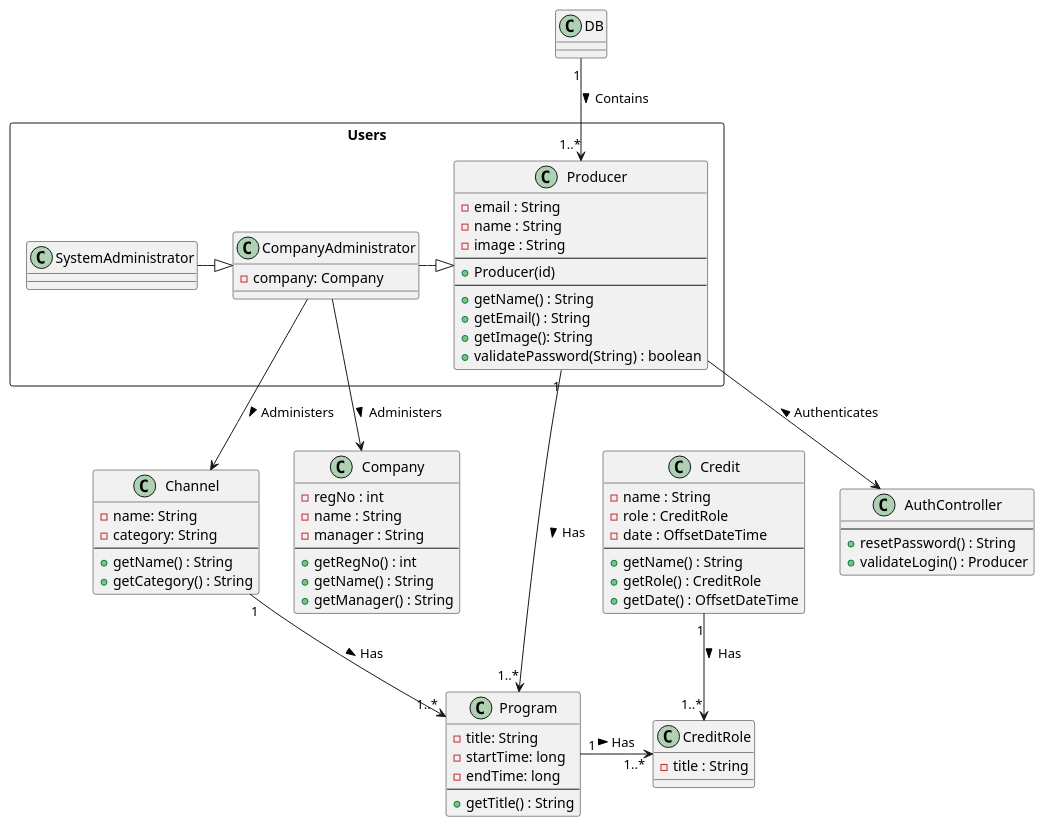
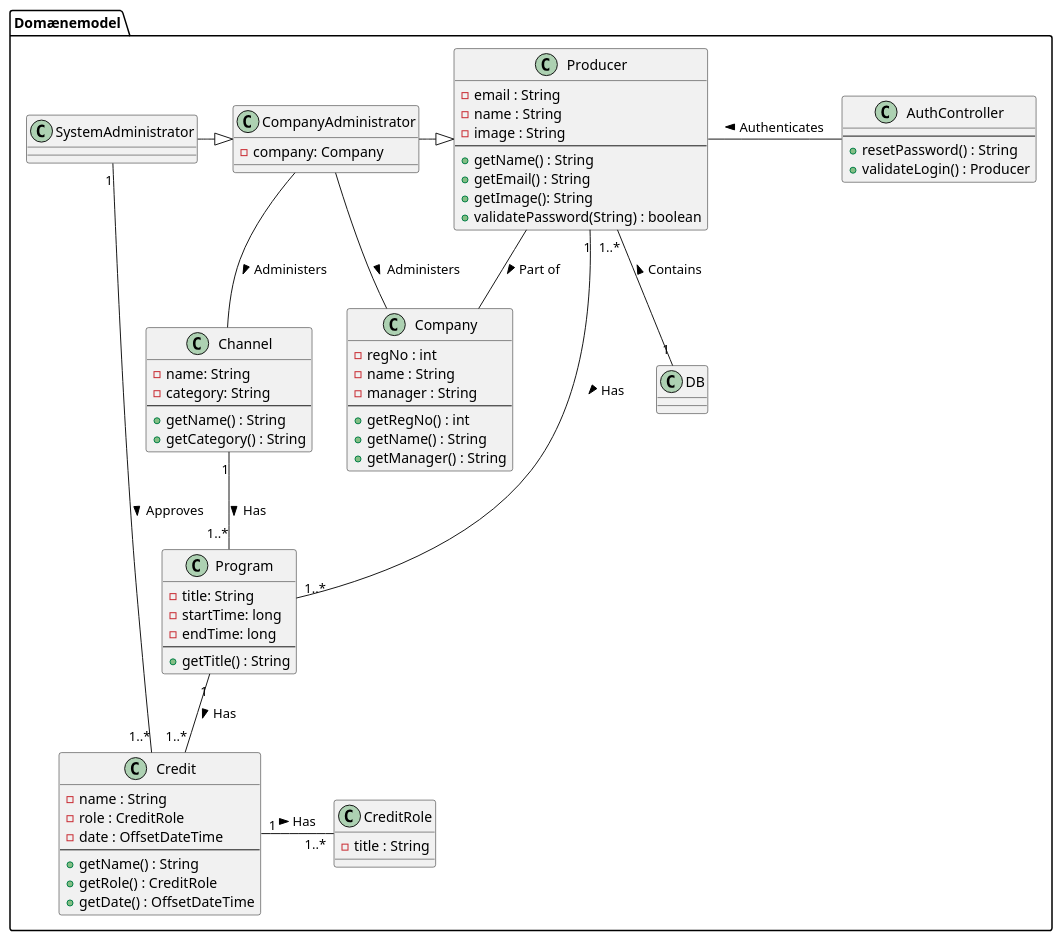
Before and after one commit to amatzen/SE02-SE-G02-SPRO: the diagram in uml/domain_model/domain_model.puml, drawn with PlantUML.

Commit message:
Domain model

```diff
--- a/uml/domain_model/domain_model.puml
+++ b/uml/domain_model/domain_model.puml
@@ -1,99 +1,97 @@
 @startuml
 'https://plantuml.com/class-diagram
 
-'Personer her
-rectangle Users {
+package "Domænemodel" {
+    'Personer her
     class Producer {
         - email : String
         - name : String
         - image : String
-        --
-        + Producer(id)
         --
         + getName() : String
         + getEmail() : String
         + getImage(): String
         + validatePassword(String) : boolean
     }
 
     class CompanyAdministrator {
         - company: Company
     }
 
     class SystemAdministrator {
 
     }
+
+    'Naeste
+    class Company {
+        - regNo : int
+        - name : String
+        - manager : String
+        --
+        + getRegNo() : int
+        + getName() : String
+        + getManager() : String
+    }
+
+    class Channel {
+        - name: String
+        - category: String
+        --
+        + getName() : String
+        + getCategory() : String
+    }
+
+    class Program {
+        - title: String
+        -startTime: long
+        -endTime: long
+        --
+        + getTitle() : String
+    }
+
+    class CreditRole {
+        - title : String
+    }
+
+
+    class Credit {
+        - name : String
+        - role : CreditRole
+        - date : OffsetDateTime
+        --
+        + getName() : String
+        + getRole() : CreditRole
+        + getDate() : OffsetDateTime
+    }
+
+    'Controller
+    class AuthController {
+        --
+        + resetPassword() : String
+        + validateLogin() : Producer
+    }
+
+    'Statics
+    class DB {
+    }
 }
 
-CompanyAdministrator -|> Producer
+SystemAdministrator "1" -- "1..*" Credit : "Approves >"
 SystemAdministrator -|> CompanyAdministrator
 
-'Naeste
-class Company {
-    - regNo : int
-    - name : String
-    - manager : String
-    --
-    + getRegNo() : int
-    + getName() : String
-    + getManager() : String
-}
+CompanyAdministrator -|> Producer
+CompanyAdministrator -- Company : "Administers >"
+CompanyAdministrator -- Channel : "Administers >"
 
-class Channel {
-    - name: String
-    - category: String
-    --
-    + getName() : String
-    + getCategory() : String
-}
+Producer "1" -- "1..*" Program : "Has >"
+Producer - AuthController : "Authenticates <"
+Producer -- Company : "Part of >"
+Producer "1..*" -- "1" DB : "Contains <"
 
-class Program {
-    - title: String
-    -startTime: long
-    -endTime: long
-    --
-    + getTitle() : String
-}
+Channel "1" -- "1..*" Program : "Has >"
 
-Channel "1" --> "1..*" Program :"Has >"
+Credit "1" - "1..*" CreditRole : "Has >"
 
-class CreditRole {
-    - title : String
-}
-
-Program "1" -> "1..*" CreditRole : "Has >"
-
-class Credit {
-    - name : String
-    - role : CreditRole
-    - date : OffsetDateTime
-    --
-    + getName() : String
-    + getRole() : CreditRole
-    + getDate() : OffsetDateTime
-}
-
-'Controller
-class AuthController {
-    --
-    + resetPassword() : String
-    + validateLogin() : Producer
-}
-
-Producer "1" -> "1..*" Program : "Has >"
-
-CompanyAdministrator --> Channel : "Administers >"
-
-'Statics
-class DB {
-}
-
-DB "1" --> "1..*" Producer : "Contains >"
-
-Producer --> AuthController : "Authenticates <"
-
-CompanyAdministrator --> Company : "Administers >"
-
-Credit "1" --> "1..*" CreditRole : "Has >"
+Program "1" -- "1..*" Credit : "Has >"
 
 @enduml
```
